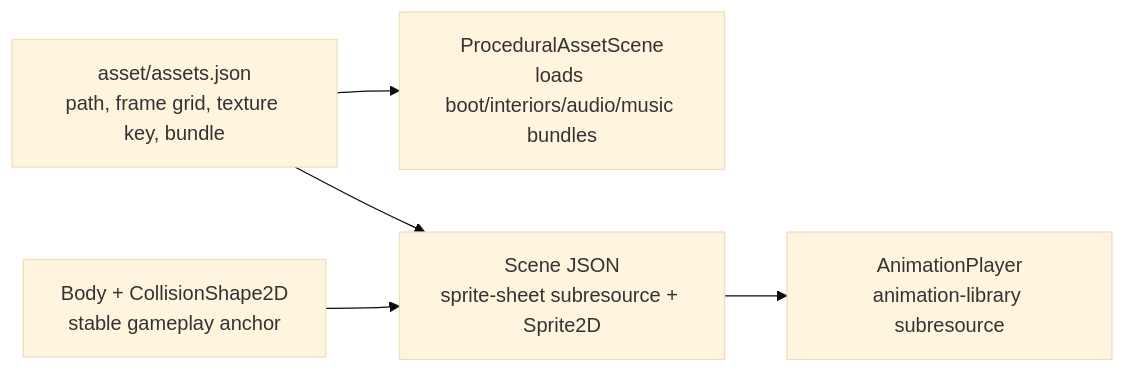
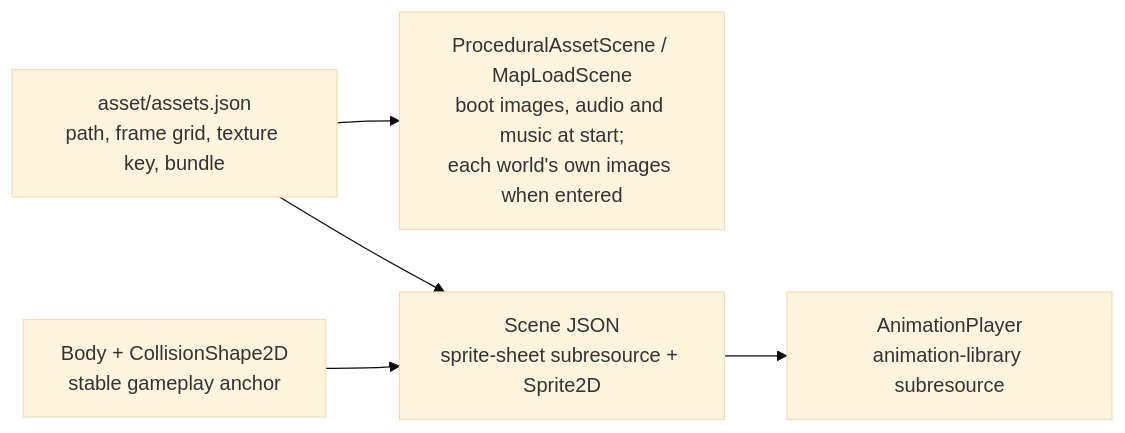
One commit to jason840917gmail/Slime_Isa changed the diagram in docs/assets/character-sprites-guide.md. Above: the diagram before and after it, drawn with Mermaid (base theme). The commit also changed 506 other files, not shown here.

First line of the commit message:
feat: simple mouse-and-keyboard controls (roadmap 4.10)

````diff
--- a/docs/assets/character-sprites-guide.md
+++ b/docs/assets/character-sprites-guide.md
@@ -8,13 +8,13 @@
 ```mermaid
 flowchart LR
     A["asset/assets.json<br/>path, frame grid, texture key, bundle"]
-    B["ProceduralAssetScene<br/>loads boot/interiors/audio/music bundles"]
+    B["ProceduralAssetScene / MapLoadScene<br/>boot images, audio and music at start;<br/>each world's own images when entered"]
     C["Scene JSON<br/>sprite-sheet subresource + Sprite2D"]
     D["AnimationPlayer<br/>animation-library subresource"]
     E["Body + CollisionShape2D<br/>stable gameplay anchor"]
 
     A --> B
     A --> C
     C --> D
     E --> C
 ```
````
